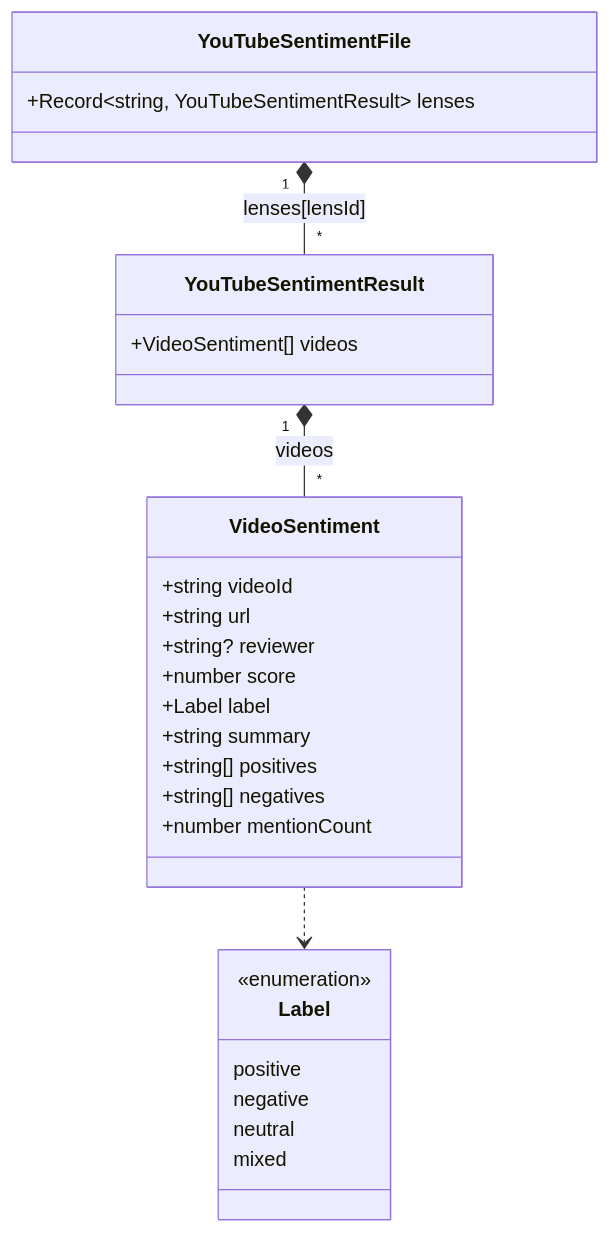
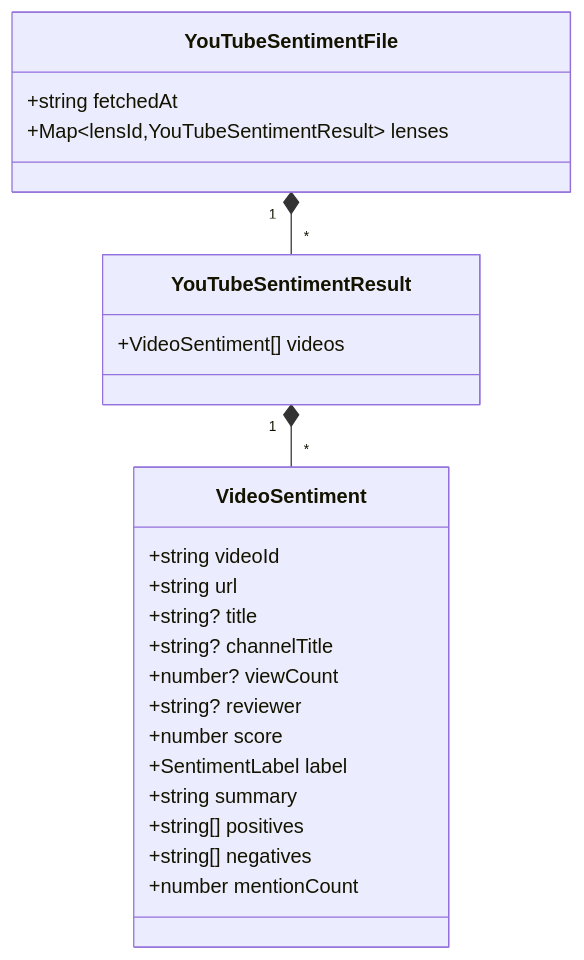
One commit to kcflip/lenslook changed the seventh of 12 diagrams in docs/DATA_MODELS.md. Above: the diagram before and after it, drawn with Mermaid. The commit also changed other lines of this file and 78 other files, not shown here.

````diff
--- a/docs/DATA_MODELS.md
+++ b/docs/DATA_MODELS.md
@@ -175,34 +303,27 @@
 ```mermaid
 classDiagram
     class YouTubeSentimentFile {
-        +Record~string, YouTubeSentimentResult~ lenses
+        +string fetchedAt
+        +Map~lensId,YouTubeSentimentResult~ lenses
     }
-
     class YouTubeSentimentResult {
         +VideoSentiment[] videos
     }
-
     class VideoSentiment {
         +string videoId
         +string url
+        +string? title
+        +string? channelTitle
+        +number? viewCount
         +string? reviewer
         +number score
-        +Label label
+        +SentimentLabel label
         +string summary
         +string[] positives
         +string[] negatives
         +number mentionCount
     }
 
-    class Label {
-        <<enumeration>>
-        positive
-        negative
-        neutral
-        mixed
-    }
-
-    YouTubeSentimentFile "1" *-- "*" YouTubeSentimentResult : lenses[lensId]
-    YouTubeSentimentResult "1" *-- "*" VideoSentiment : videos
-    VideoSentiment ..> Label
+    YouTubeSentimentFile "1" *-- "*" YouTubeSentimentResult
+    YouTubeSentimentResult "1" *-- "*" VideoSentiment
 ```
````
